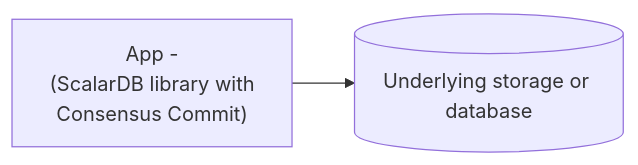
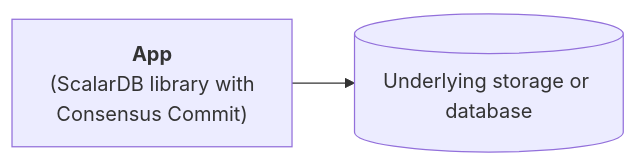
One commit to scalar-labs/scalardb changed the first of 2 diagrams in docs/configurations.md. Above: the diagram before and after it, drawn with Mermaid. The commit also changed other lines of this file, not shown here.

Commit message:
Modify Mermaid diagram formatting

````diff
--- a/docs/configurations.md
+++ b/docs/configurations.md
@@ -257,6 +257,6 @@
 ```mermaid
 flowchart LR
-    app["App -<br />(ScalarDB library with<br />Consensus Commit)"]
+    app["<b>App</b><br />(ScalarDB library with<br />Consensus Commit)"]
     db[(Underlying storage or database)]
     app --> db
 ```
````
